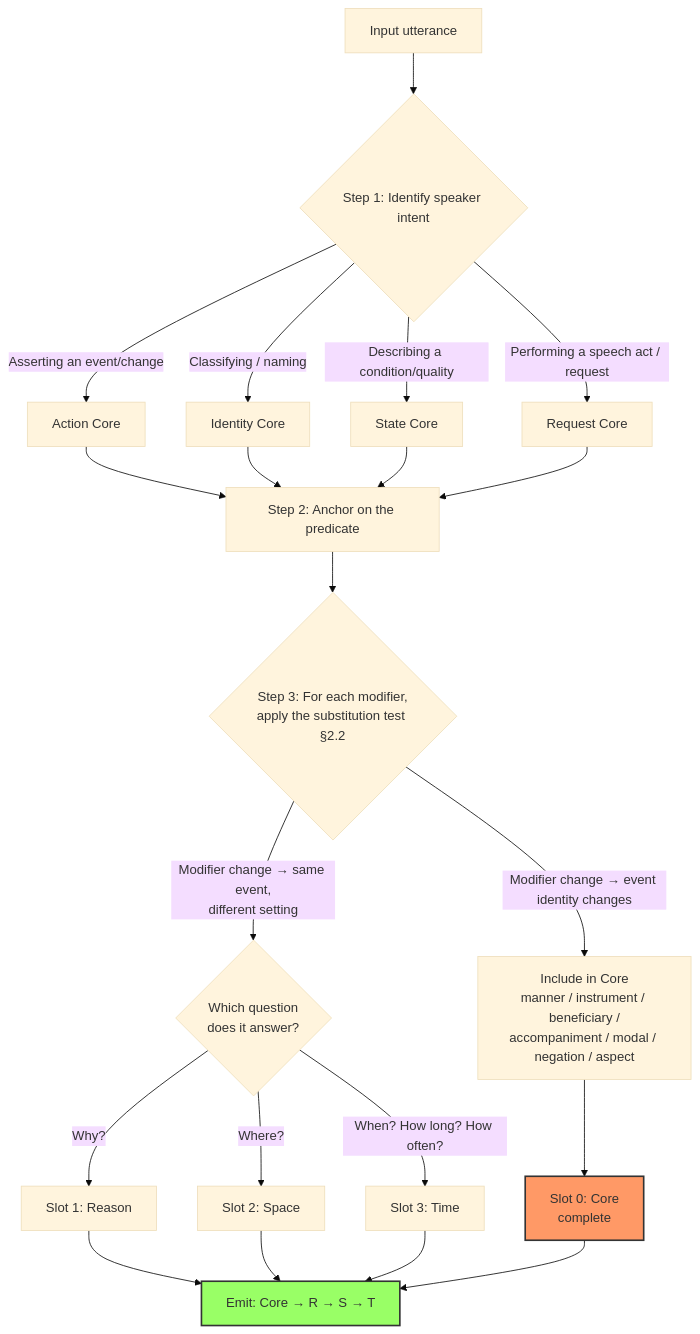
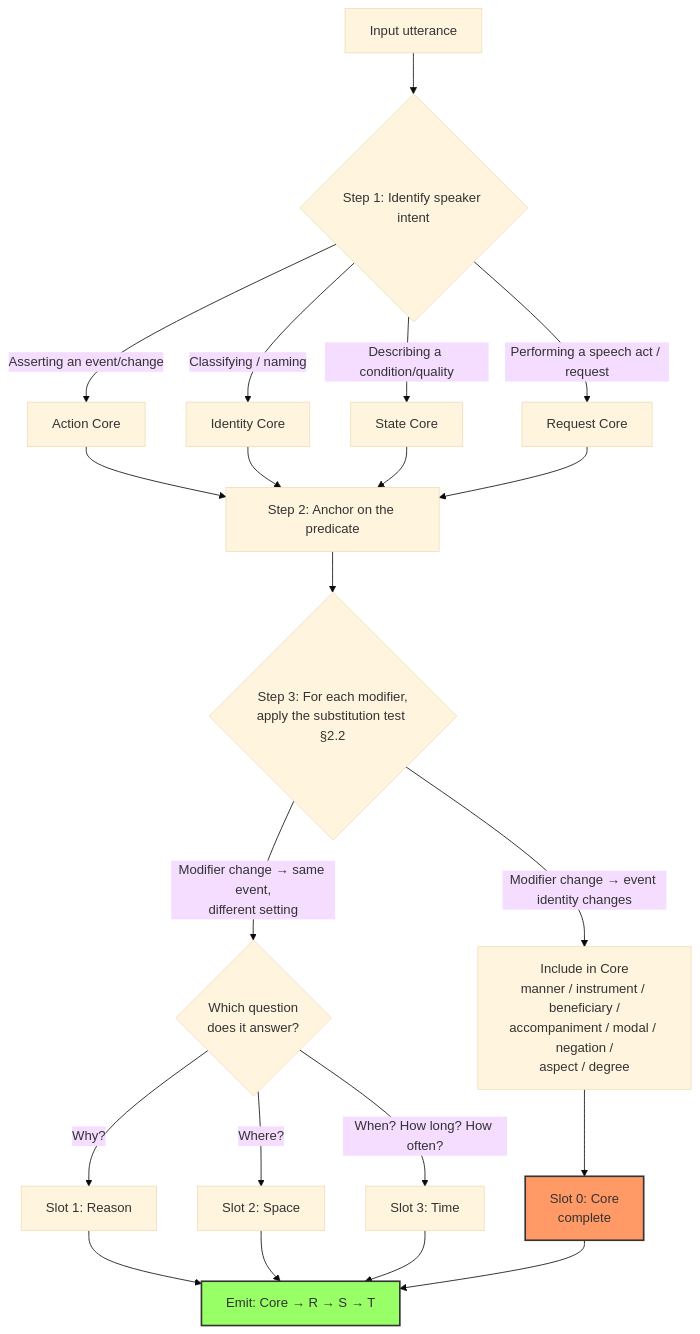
The third of 3 diagrams in docs/en/foundations/core-concept.md (corefirst/cflt), drawn with Mermaid (base theme) before and after one commit. The commit also changed other lines of this file and 42 other files, not shown here.

````diff
--- a/docs/en/foundations/core-concept.md
+++ b/docs/en/foundations/core-concept.md
@@ -482,30 +482,30 @@
 ```mermaid
 flowchart TD
     A[Input utterance] --> B{Step 1: Identify speaker intent}
     B -->|Asserting an event/change| C1[Action Core]
     B -->|Classifying / naming| C2[Identity Core]
     B -->|Describing a condition/quality| C3[State Core]
     B -->|Performing a speech act / request| C4[Request Core]
 
     C1 --> D[Step 2: Anchor on the predicate]
     C2 --> D
     C3 --> D
     C4 --> D
 
     D --> E{Step 3: For each modifier,<br/>apply the substitution test §2.2}
-    E -->|"Modifier change → event identity changes"| F[Include in Core<br/>manner / instrument / beneficiary /<br/>accompaniment / modal / negation / aspect]
+    E -->|"Modifier change → event identity changes"| F[Include in Core<br/>manner / instrument / beneficiary /<br/>accompaniment / modal / negation /<br/>aspect / degree]
     E -->|"Modifier change → same event,<br/>different setting"| G{Which question<br/>does it answer?}
 
     G -->|Why?| H1[Slot 1: Reason]
     G -->|Where?| H2[Slot 2: Space]
     G -->|When? How long? How often?| H3[Slot 3: Time]
 
     F --> I[Slot 0: Core<br/>complete]
     H1 --> J[Emit: Core → R → S → T]
     H2 --> J
     H3 --> J
     I --> J
 
     style I fill:#f96,stroke:#333,stroke-width:2px
     style J fill:#9f6,stroke:#333,stroke-width:2px
 ```
````
